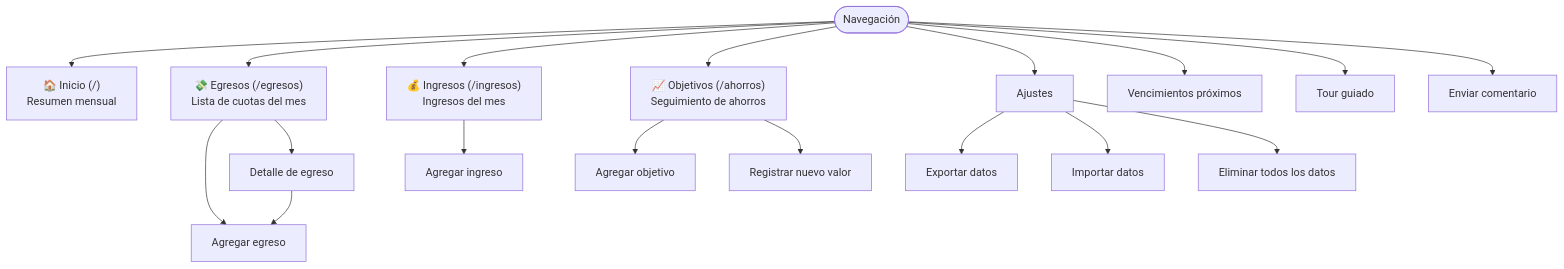
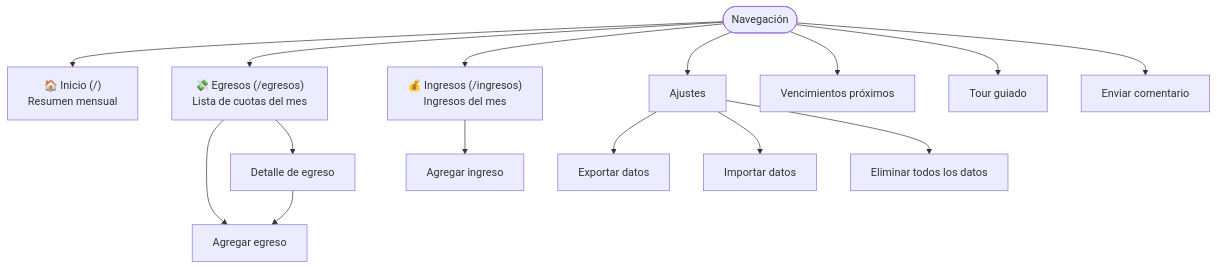
Before and after one commit to rochafederico/nivva: the diagram in docs/wiki/02-Relevamiento.md, drawn with Mermaid. The commit also changed other lines of this file and 16 other files, not shown here.

````diff
--- a/docs/wiki/02-Relevamiento.md
+++ b/docs/wiki/02-Relevamiento.md
@@ -11,34 +11,29 @@
 ```mermaid
 flowchart TD
     NAV([Navegación]) --> A
     NAV --> B
     NAV --> C
-    NAV --> D
 
     A["🏠 Inicio (/)
     Resumen mensual"]
     B["💸 Egresos (/egresos)
     Lista de cuotas del mes"]
     C["💰 Ingresos (/ingresos)
     Ingresos del mes"]
-    D["📈 Objetivos (/ahorros)
-    Seguimiento de ahorros"]
 
     B --> B1[Agregar egreso]
     B --> B2[Detalle de egreso]
     B2 --> B1
 
     C --> C1[Agregar ingreso]
 
-    D --> D1[Agregar objetivo]
-    D --> D2[Registrar nuevo valor]
 
     NAV --> E[Ajustes]
     E --> E1[Exportar datos]
     E --> E2[Importar datos]
     E --> E3[Eliminar todos los datos]
 
     NAV --> F[Vencimientos próximos]
     NAV --> G[Tour guiado]
     NAV --> H[Enviar comentario]
 ```
````
